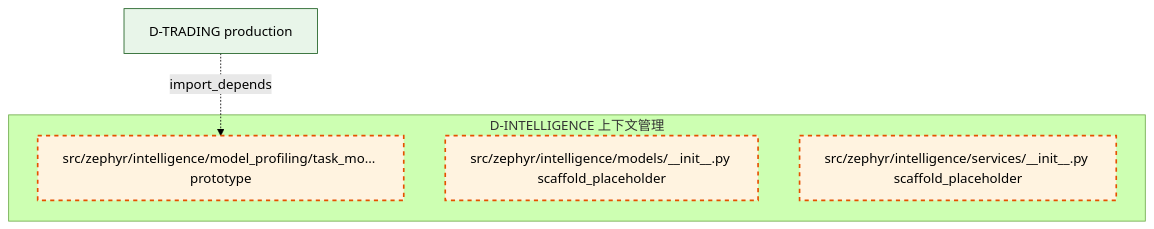
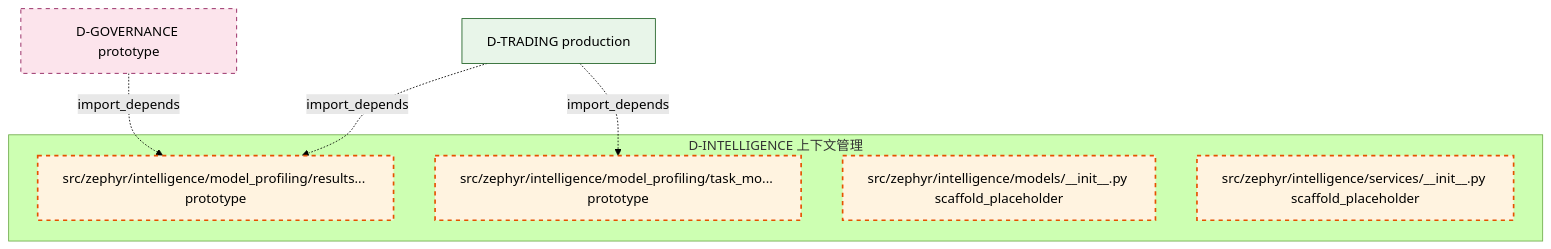
Before and after one commit to xuanFelixVan/ZephyrAlpha: the tenth of 10 diagrams in docs/02_enterprise_architecture/02_domain_architecture_docs/29_d_intelligence.md, drawn with Mermaid (forest theme). The commit also changed other lines of this file and 117 other files, not shown here.

````diff
--- a/docs/02_enterprise_architecture/02_domain_architecture_docs/29_d_intelligence.md
+++ b/docs/02_enterprise_architecture/02_domain_architecture_docs/29_d_intelligence.md
@@ -1194,16 +1195,21 @@
 ```mermaid
 graph TD
     subgraph D_INTELLIGENCE["D-INTELLIGENCE 上下文管理"]
+        src_zephyr_intelligence_model_profiling_results_writer_py["src/zephyr/intelligence/model_profiling/results... prototype"]
         src_zephyr_intelligence_model_profiling_task_model_learner_py["src/zephyr/intelligence/model_profiling/task_mo... prototype"]
         src_zephyr_intelligence_models_init_py["src/zephyr/intelligence/models/__init__.py scaffold_placeholder"]
         src_zephyr_intelligence_services_init_py["src/zephyr/intelligence/services/__init__.py scaffold_placeholder"]
     end
+    D_GOVERNANCE["D-GOVERNANCE prototype"]
+    D_GOVERNANCE -.->|import_depends| src_zephyr_intelligence_model_profiling_results_writer_py
     D_TRADING["D-TRADING production"]
+    D_TRADING -.->|import_depends| src_zephyr_intelligence_model_profiling_results_writer_py
     D_TRADING -.->|import_depends| src_zephyr_intelligence_model_profiling_task_model_learner_py
     classDef production fill:#e1f5fe,stroke:#01579b,stroke-width:2px,color:#000
     classDef design fill:#fff3e0,stroke:#e65100,stroke-width:2px,color:#000,stroke-dasharray: 5 5
     classDef external_prod fill:#e8f5e9,stroke:#1b5e20,stroke-width:1px,color:#000
     classDef external_design fill:#fce4ec,stroke:#880e4f,stroke-width:1px,color:#000,stroke-dasharray: 5 5
-    class src_zephyr_intelligence_model_profiling_task_model_learner_py,src_zephyr_intelligence_models_init_py,src_zephyr_intelligence_services_init_py design
+    class src_zephyr_intelligence_model_profiling_results_writer_py,src_zephyr_intelligence_model_profiling_task_model_learner_py,src_zephyr_intelligence_models_init_py,src_zephyr_intelligence_services_init_py design
     class D_TRADING external_prod
+    class D_GOVERNANCE external_design
 ```
````
